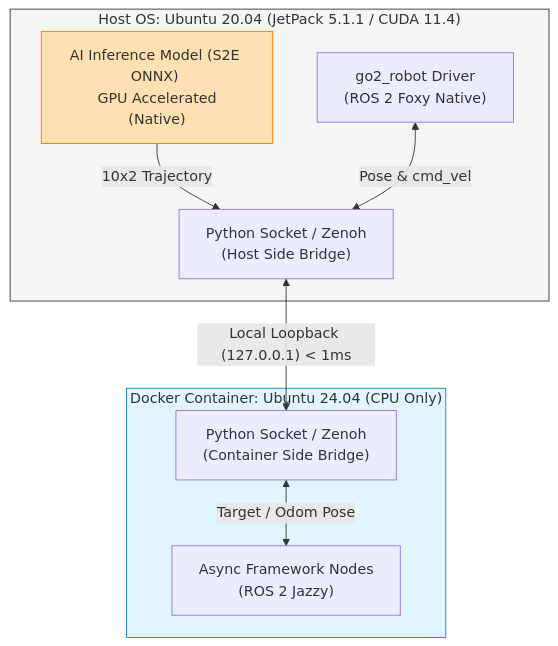
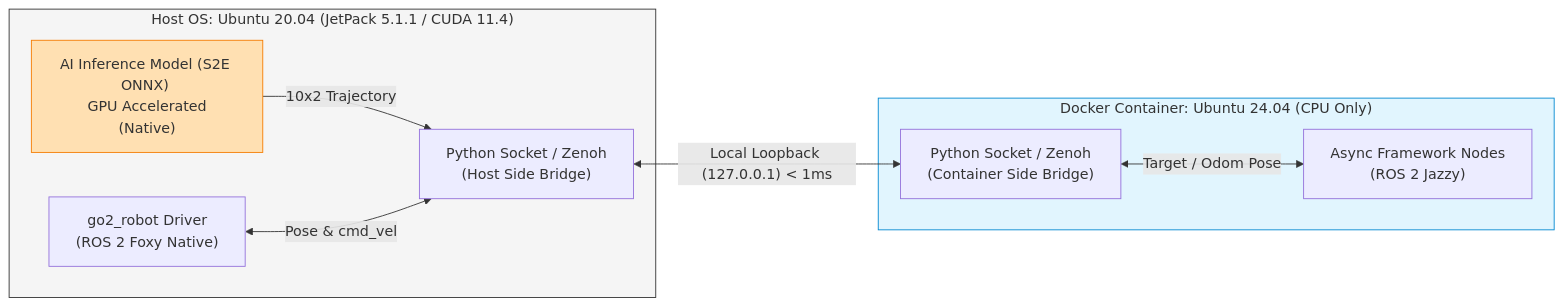
One commit to CGV-HGU/go2_ws changed the fifth of 6 diagrams in README.md. Above: the diagram before and after it, drawn with Mermaid.

Commit message:
fix: change Mermaid diagram layout direction to LR to prevent overlap

````diff
--- a/README.md
+++ b/README.md
@@ -244,23 +244,23 @@
 ```mermaid
-graph TD
+graph LR
     subgraph Host ["Host OS: Ubuntu 20.04 (JetPack 5.1.1 / CUDA 11.4)"]
         AI["AI Inference Model (S2E ONNX) <br> GPU Accelerated (Native)"]
         Driver["go2_robot Driver <br> (ROS 2 Foxy Native)"]
         BridgeHost["Python Socket / Zenoh <br> (Host Side Bridge)"]
     end
 
     subgraph Docker ["Docker Container: Ubuntu 24.04 (CPU Only)"]
         AsyncNodes["Async Framework Nodes <br> (ROS 2 Jazzy)"]
         BridgeDocker["Python Socket / Zenoh <br> (Container Side Bridge)"]
     end
 
     %% Data Exchanges
     AI -->|"10x2 Trajectory"| BridgeHost
     Driver <-->|"Pose & cmd_vel"| BridgeHost
     BridgeHost <-->|"Local Loopback (127.0.0.1) < 1ms"| BridgeDocker
     BridgeDocker <-->|"Target / Odom Pose"| AsyncNodes
     
     style Host fill:#f5f5f5,stroke:#333,stroke-width:1px
     style Docker fill:#e1f5fe,stroke:#0288d1,stroke-width:1px
     style AI fill:#ffe0b2,stroke:#f57c00,stroke-width:1px
 ```
````
